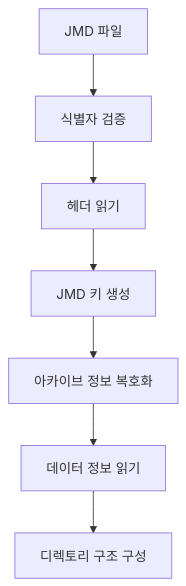
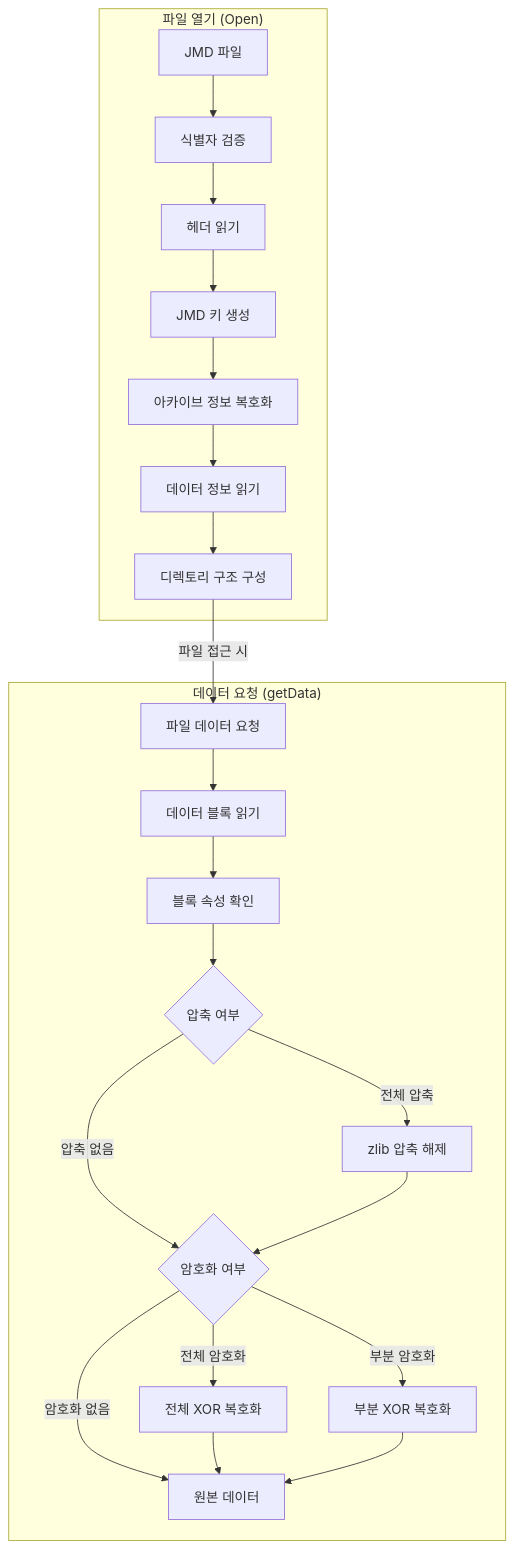
One commit to MeroZemory/JMDReader changed the first of 2 diagrams in docs/flows/jmd_read_flow.md. Above: the diagram before and after it, drawn with Mermaid. The commit also changed other lines of this file and 1 other file, not shown here.

First line of the commit message:
docs: JMD 파일 처리 문서의 흐름도와 설명 개선

````diff
--- a/docs/flows/jmd_read_flow.md
+++ b/docs/flows/jmd_read_flow.md
@@ -5,9 +5,27 @@
 ```mermaid
 flowchart TD
-    A[JMD 파일] --> B[식별자 검증]
-    B --> C[헤더 읽기]
-    C --> D[JMD 키 생성]
-    D --> E[아카이브 정보 복호화]
-    E --> F[데이터 정보 읽기]
-    F --> G[디렉토리 구조 구성]
+    subgraph FileOpen["파일 열기 (Open)"]
+        A[JMD 파일] --> B[식별자 검증]
+        B --> C[헤더 읽기]
+        C --> D[JMD 키 생성]
+        D --> E[아카이브 정보 복호화]
+        E --> F[데이터 정보 읽기]
+        F --> G[디렉토리 구조 구성]
+    end
+    
+    subgraph DataAccess["데이터 요청 (getData)"]
+        H[파일 데이터 요청] --> I[데이터 블록 읽기]
+        I --> J[블록 속성 확인]
+        J --> K{압축 여부}
+        K -->|전체 압축| L[zlib 압축 해제]
+        K -->|압축 없음| M{암호화 여부}
+        L --> M
+        M -->|전체 암호화| N[전체 XOR 복호화]
+        M -->|부분 암호화| O[부분 XOR 복호화]
+        M -->|암호화 없음| P[원본 데이터]
+        N --> P
+        O --> P
+    end
+
+    G -->|파일 접근 시| H
 ```
````
